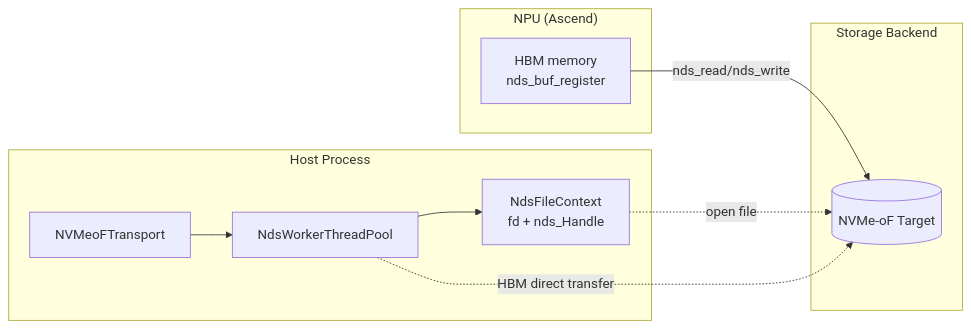
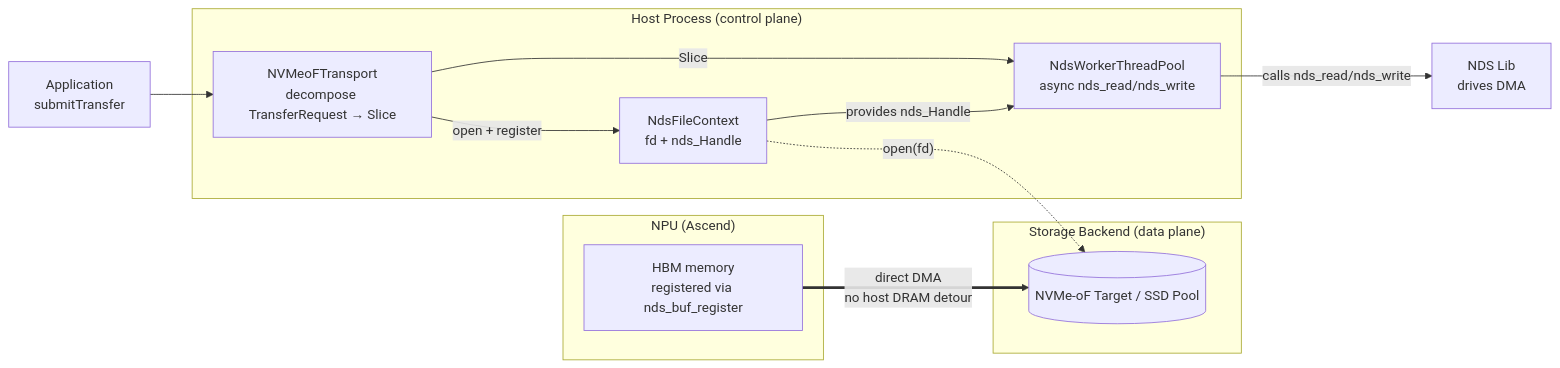
Before and after one commit to yz53665/Mooncake: the eighth of 9 diagrams in docs/rfc-nds-nvmeof-transport-en.md, drawn with Mermaid. The commit also changed other lines of this file and 1 other file, not shown here.

Commit message:
修正rfc说明，新增GDS/NDS API对比

````diff
--- a/docs/rfc-nds-nvmeof-transport-en.md
+++ b/docs/rfc-nds-nvmeof-transport-en.md
@@ -284,20 +304,22 @@
 ```mermaid
 flowchart LR
     subgraph NPU["NPU (Ascend)"]
-        HBM[HBM memory<br/>nds_buf_register]
+        HBM[HBM memory<br/>registered via nds_buf_register]
     end
-    subgraph Host["Host Process"]
-        NVT[NVMeoFTransport]
-        TP[NdsWorkerThreadPool]
+    subgraph Host["Host Process (control plane)"]
+        NVT[NVMeoFTransport<br/>decompose TransferRequest → Slice]
+        TP[NdsWorkerThreadPool<br/>async nds_read/nds_write]
         Ctx[NdsFileContext<br/>fd + nds_Handle]
     end
-    subgraph Backend["Storage Backend"]
-        NVME[(NVMe-oF Target)]
+    subgraph Backend["Storage Backend (data plane)"]
+        NVME[(NVMe-oF Target / SSD Pool)]
     end
 
-    HBM -->|nds_read/nds_write| NVME
-    NVT --> TP
-    TP --> Ctx
-    Ctx -. open file .-> NVME
-    TP -. HBM direct transfer .-> NVME
+    App[Application<br/>submitTransfer] --> NVT
+    NVT -->|Slice| TP
+    NVT -->|open + register| Ctx
+    Ctx -->|provides nds_Handle| TP
+    Ctx -. open(fd) .-> NVME
+    TP -->|calls nds_read/nds_write| NDS_API[NDS Lib<br/>drives DMA]
+    HBM ==>|direct DMA<br/>no host DRAM detour| NVME
 ```
````
